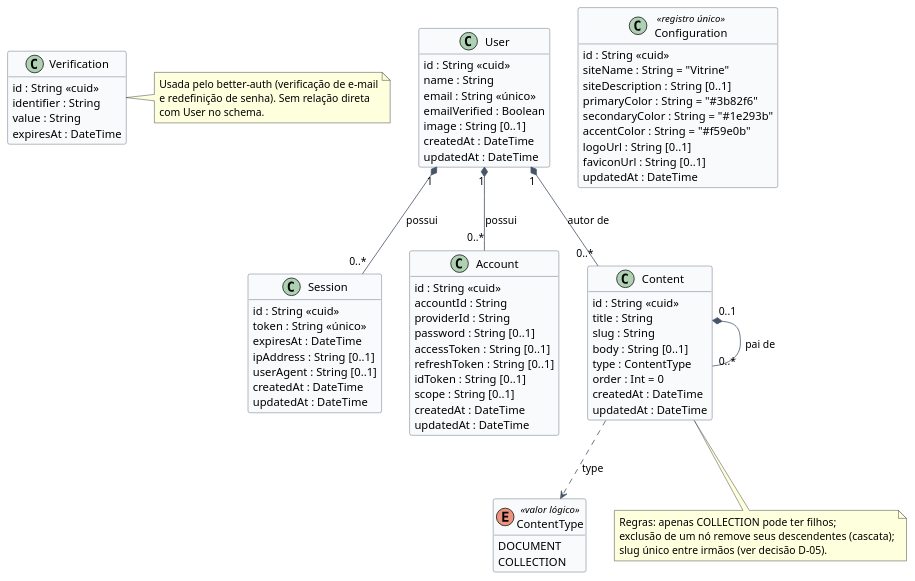
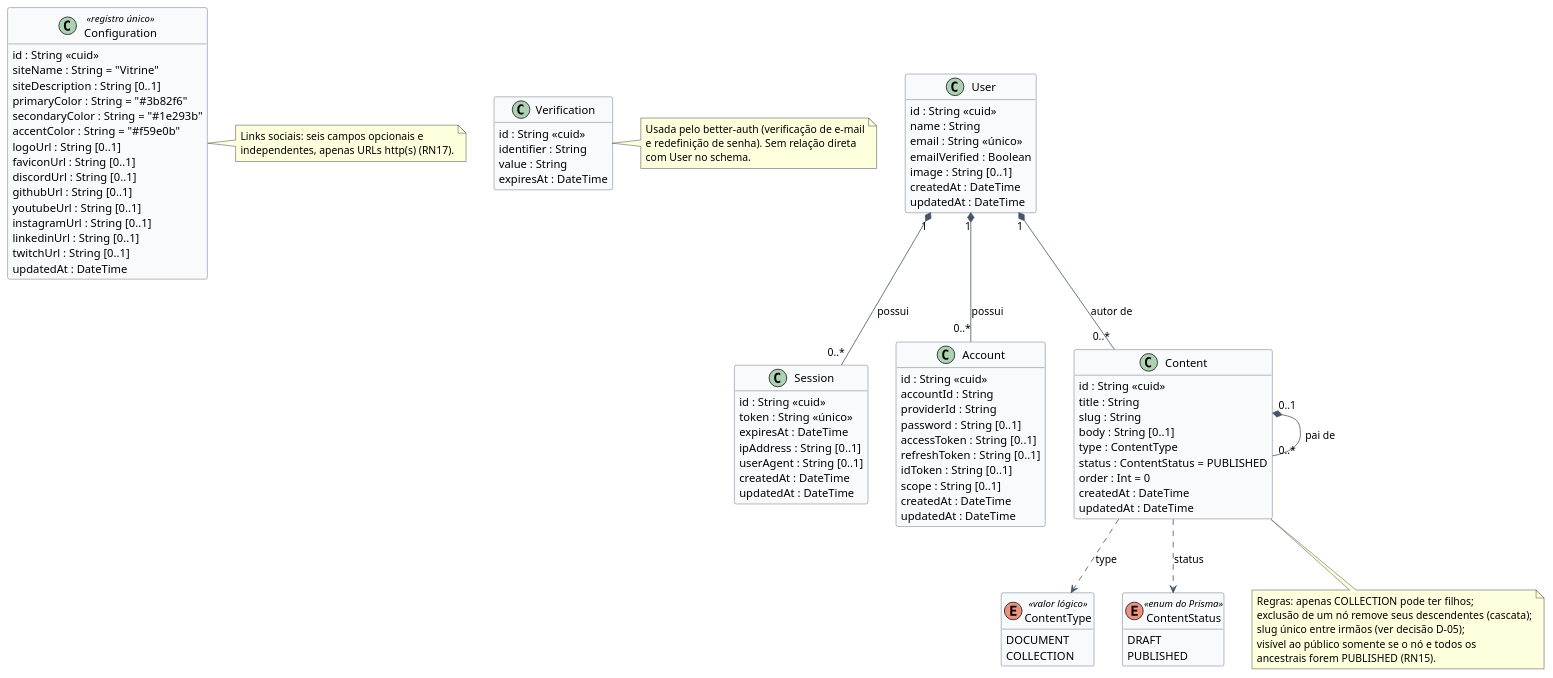
The diagram in doc/diagrams/src/classes-dominio.puml (fromcaio/vitrine), drawn with PlantUML before and after one commit. The commit also changed 29 other files, not shown here.

```diff
--- a/doc/diagrams/src/classes-dominio.puml
+++ b/doc/diagrams/src/classes-dominio.puml
@@ -1,100 +1,119 @@
 @startuml classes-dominio
 ' ===========================================================================
 ' Vitrine - Modelo de domínio (diagrama de classes)
 ' Figura: fig:classes-dominio (doc/tex/capitulos/cap5_arquitetura.tex)
 ' Espelha prisma/schema.prisma. Atualizar junto com er-vitrine.dbml.
 ' ===========================================================================
 skinparam shadowing false
 skinparam classAttributeIconSize 0
 skinparam ArrowColor #475569
 skinparam class {
   BackgroundColor #F8FAFC
   BorderColor #475569
 }
 hide empty methods
 
 enum ContentType <<valor lógico>> {
   DOCUMENT
   COLLECTION
+}
+
+enum ContentStatus <<enum do Prisma>> {
+  DRAFT
+  PUBLISHED
 }
 
 class User {
   id : String <<cuid>>
   name : String
   email : String <<único>>
   emailVerified : Boolean
   image : String [0..1]
   createdAt : DateTime
   updatedAt : DateTime
 }
 
 class Session {
   id : String <<cuid>>
   token : String <<único>>
   expiresAt : DateTime
   ipAddress : String [0..1]
   userAgent : String [0..1]
   createdAt : DateTime
   updatedAt : DateTime
 }
 
 class Account {
   id : String <<cuid>>
   accountId : String
   providerId : String
   password : String [0..1]
   accessToken : String [0..1]
   refreshToken : String [0..1]
   idToken : String [0..1]
   scope : String [0..1]
   createdAt : DateTime
   updatedAt : DateTime
 }
 
 class Verification {
   id : String <<cuid>>
   identifier : String
   value : String
   expiresAt : DateTime
 }
 
 class Content {
   id : String <<cuid>>
   title : String
   slug : String
   body : String [0..1]
   type : ContentType
+  status : ContentStatus = PUBLISHED
   order : Int = 0
   createdAt : DateTime
   updatedAt : DateTime
 }
 
 class Configuration <<registro único>> {
   id : String <<cuid>>
   siteName : String = "Vitrine"
   siteDescription : String [0..1]
   primaryColor : String = "#3b82f6"
   secondaryColor : String = "#1e293b"
   accentColor : String = "#f59e0b"
   logoUrl : String [0..1]
   faviconUrl : String [0..1]
+  discordUrl : String [0..1]
+  githubUrl : String [0..1]
+  youtubeUrl : String [0..1]
+  instagramUrl : String [0..1]
+  linkedinUrl : String [0..1]
+  twitchUrl : String [0..1]
   updatedAt : DateTime
 }
 
 User "1" *-- "0..*" Session : possui
 User "1" *-- "0..*" Account : possui
 User "1" *-- "0..*" Content : autor de
 Content "0..1" *-- "0..*" Content : pai de
 Content ..> ContentType : type
+Content ..> ContentStatus : status
 
 note bottom of Content
   Regras: apenas COLLECTION pode ter filhos;
   exclusão de um nó remove seus descendentes (cascata);
-  slug único entre irmãos (ver decisão D-05).
+  slug único entre irmãos (ver decisão D-05);
+  visível ao público somente se o nó e todos os
+  ancestrais forem PUBLISHED (RN15).
+end note
+note right of Configuration
+  Links sociais: seis campos opcionais e
+  independentes, apenas URLs http(s) (RN17).
 end note
 note right of Verification
   Usada pelo better-auth (verificação de e-mail
   e redefinição de senha). Sem relação direta
   com User no schema.
 end note
 @enduml
```
